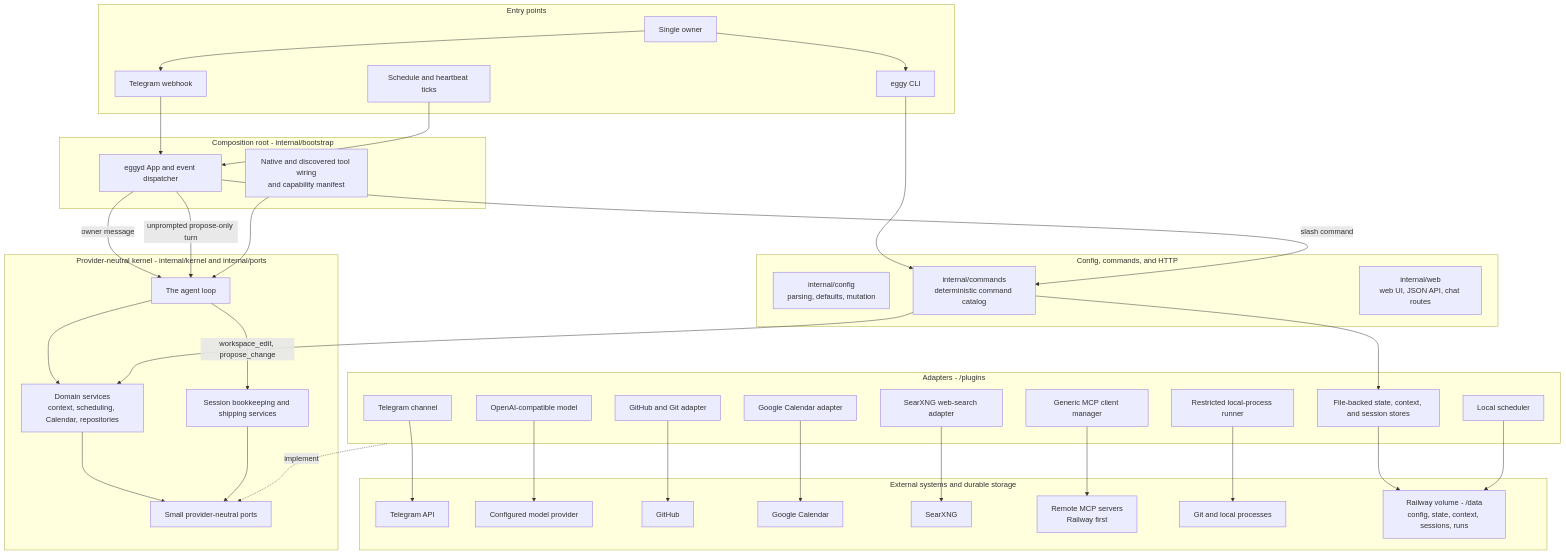
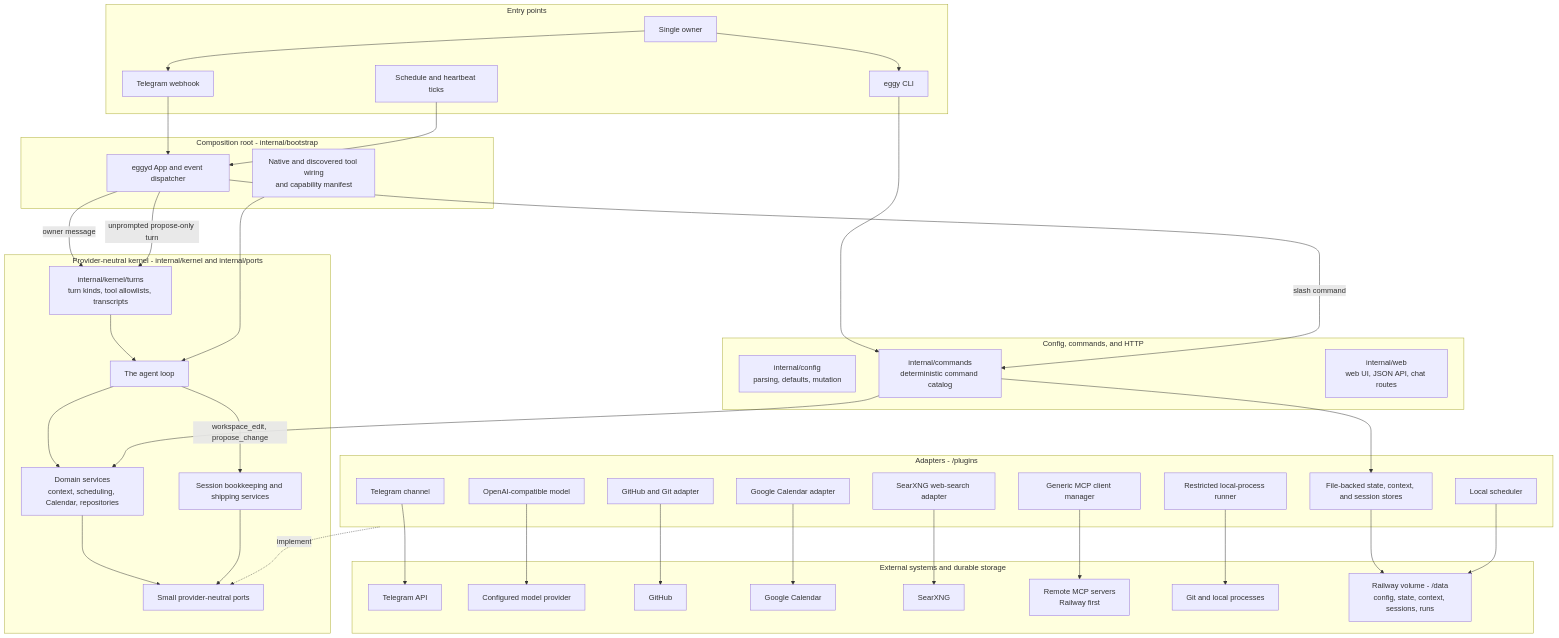
One commit to nigelteosw/eggy changed the diagram in docs/ARCHITECTURE.md. Above: the diagram before and after it, drawn with Mermaid. The commit also changed other lines of this file and 9 other files, not shown here.

First line of the commit message:
Move turn orchestration into internal/kernel/turns

```diff
--- a/docs/ARCHITECTURE.md
+++ b/docs/ARCHITECTURE.md
@@ -57,19 +72,21 @@
     daemon -->|slash command| commands
 
     subgraph kernel[Provider-neutral kernel - internal/kernel and internal/ports]
+        turnservice[internal/kernel/turns<br/>turn kinds, tool allowlists, transcripts]
         outer[The agent loop]
         services[Domain services<br/>context, scheduling, Calendar, repositories]
         coding[Session bookkeeping and shipping services]
         ports[Small provider-neutral ports]
 
+        turnservice --> outer
         outer --> services
         outer -->|workspace_edit, propose_change| coding
         services --> ports
         coding --> ports
     end
 
-    daemon -->|owner message| outer
-    daemon -->|unprompted propose-only turn| outer
+    daemon -->|owner message| turnservice
+    daemon -->|unprompted propose-only turn| turnservice
     commands --> services
     registry --> outer
 
```
